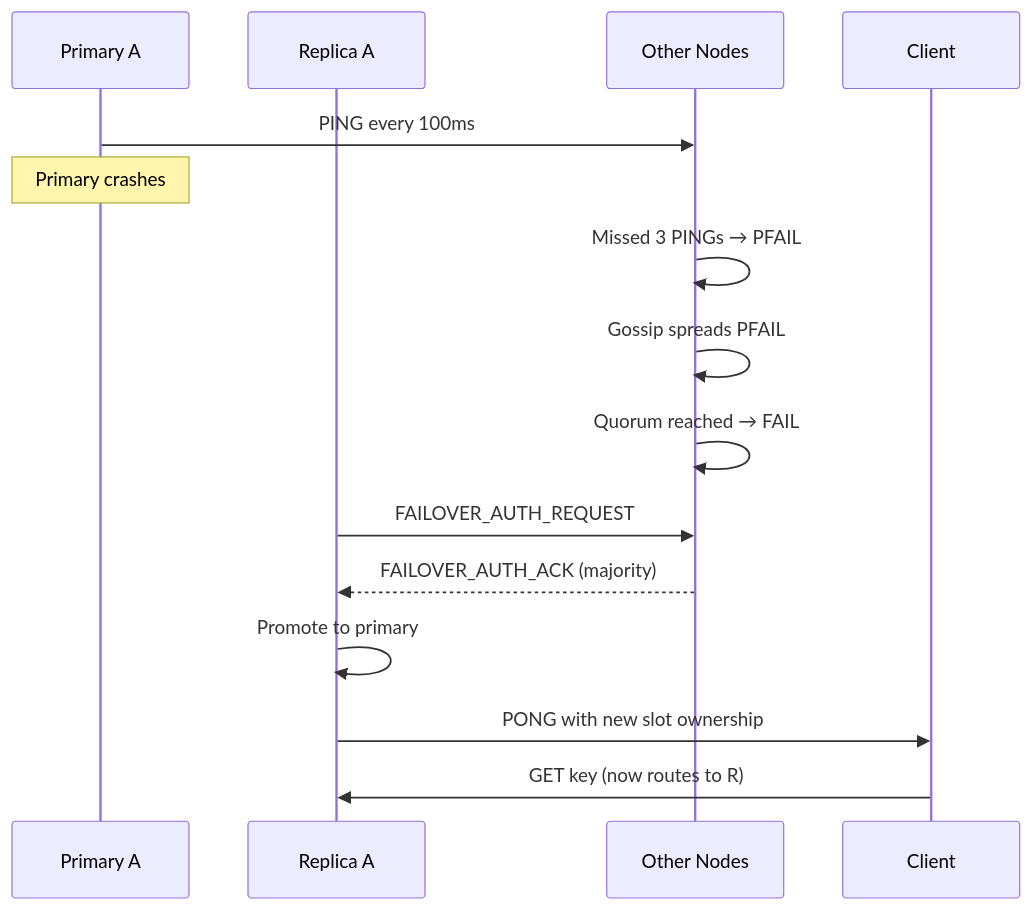
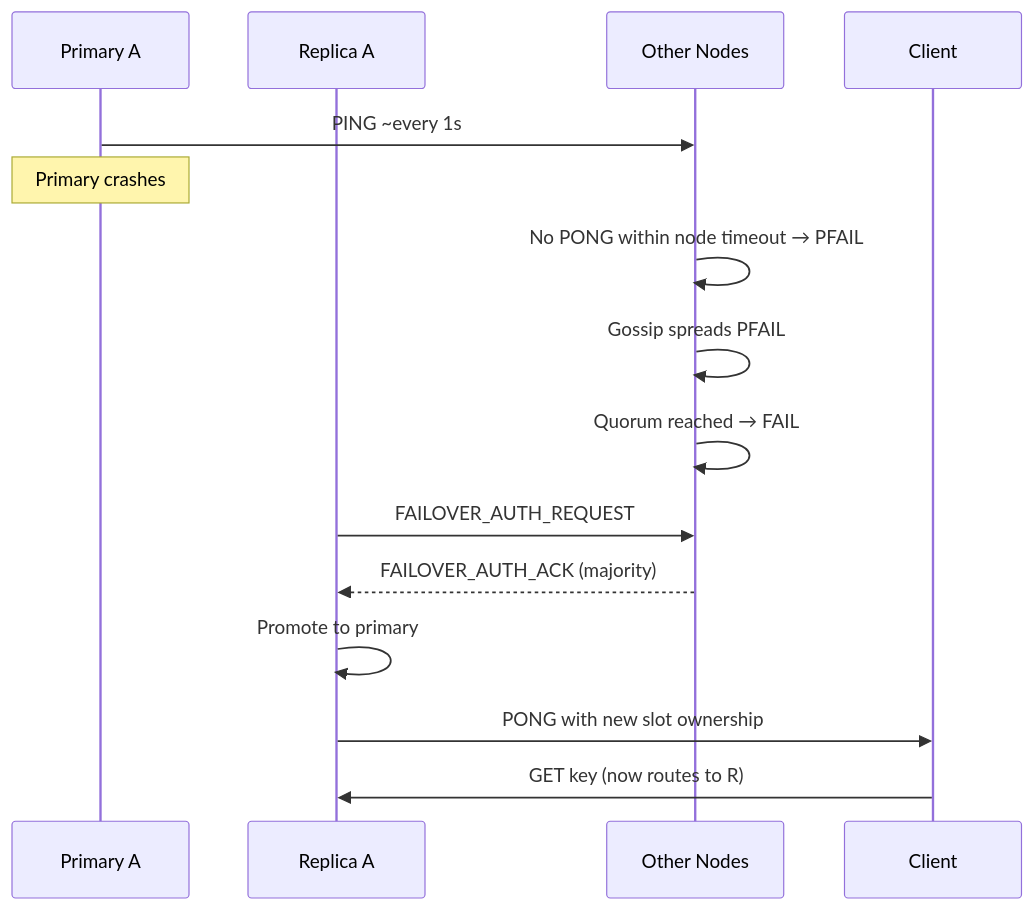
One commit to Ankan1998/learn-system-design changed the fourth of 5 diagrams in Bonus-Real-World-Architectures/18-Distributed-Cache/README.md. Above: the diagram before and after it, drawn with Mermaid. The commit also changed other lines of this file and 139 other files, not shown here.

````diff
--- a/Bonus-Real-World-Architectures/18-Distributed-Cache/README.md
+++ b/Bonus-Real-World-Architectures/18-Distributed-Cache/README.md
@@ -237,18 +241,18 @@
 ```mermaid
 sequenceDiagram
     participant P as Primary A
     participant R as Replica A
     participant Peers as Other Nodes
     participant Client
 
-    P->>Peers: PING every 100ms
+    P->>Peers: PING ~every 1s
     Note over P: Primary crashes
-    Peers->>Peers: Missed 3 PINGs → PFAIL
+    Peers->>Peers: No PONG within node timeout → PFAIL
     Peers->>Peers: Gossip spreads PFAIL
     Peers->>Peers: Quorum reached → FAIL
     R->>Peers: FAILOVER_AUTH_REQUEST
     Peers-->>R: FAILOVER_AUTH_ACK (majority)
     R->>R: Promote to primary
     R->>Client: PONG with new slot ownership
     Client->>R: GET key (now routes to R)
 ```
````
